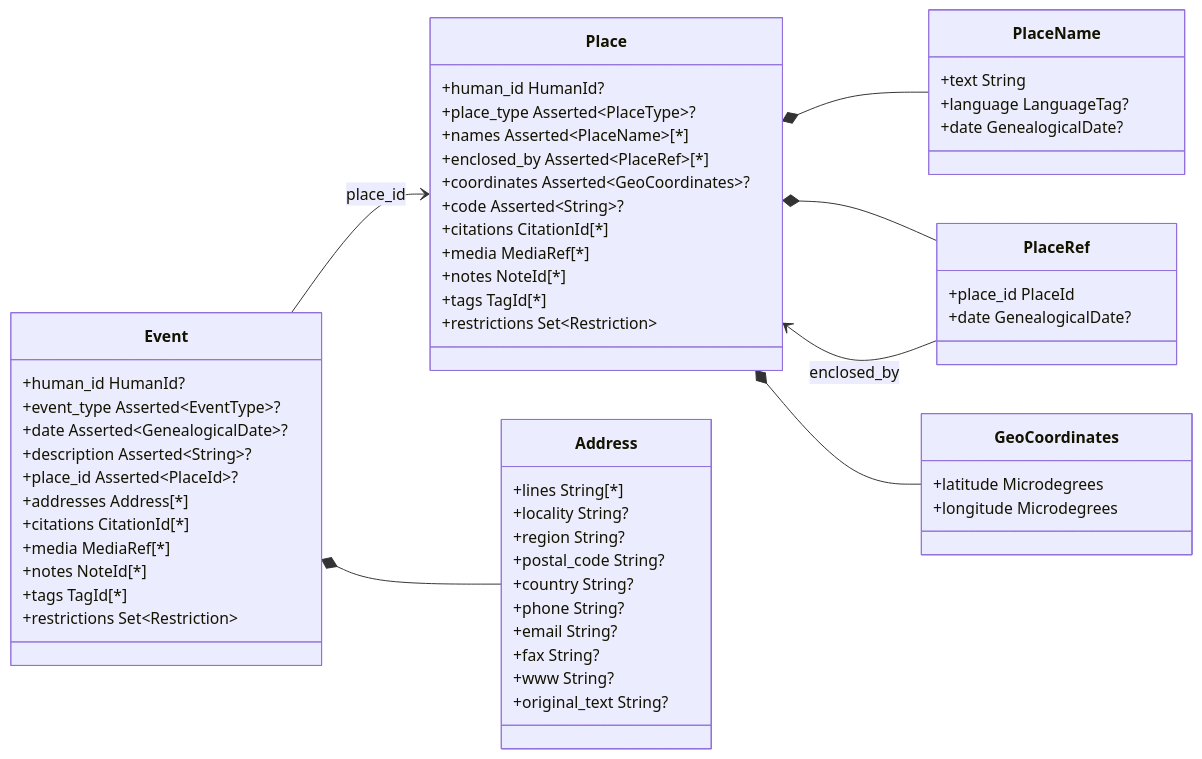
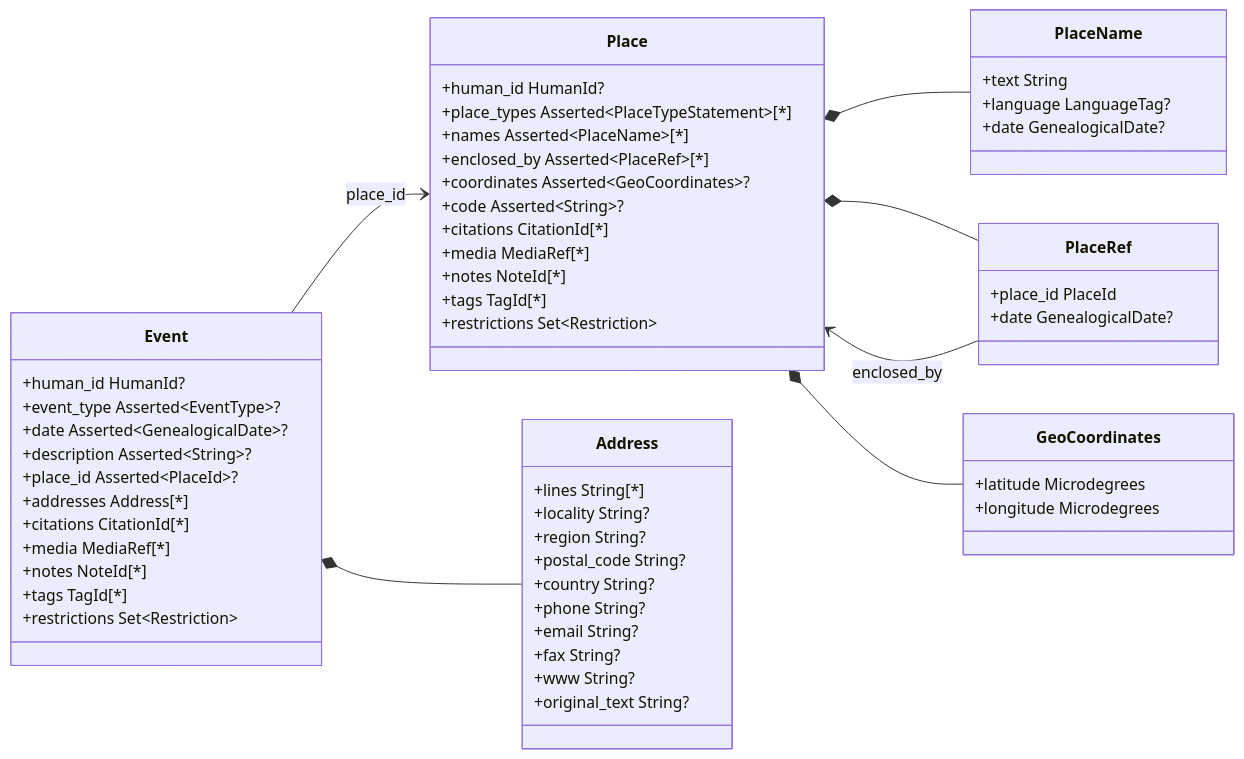
One commit to magne/vitni changed the fourth of 7 diagrams in docs/data-model-diagram.md. Above: the diagram before and after it, drawn with Mermaid. The commit also changed other lines of this file and 116 other files, not shown here.

First line of the commit message:
Replace PlaceType with kind, level and key statements (#714)

````diff
--- a/docs/data-model-diagram.md
+++ b/docs/data-model-diagram.md
@@ -285,64 +285,64 @@
 ```mermaid
 classDiagram
     direction LR
 
     class Event {
         +human_id HumanId?
         +event_type Asserted~EventType~?
         +date Asserted~GenealogicalDate~?
         +description Asserted~String~?
         +place_id Asserted~PlaceId~?
         +addresses Address[*]
         +citations CitationId[*]
         +media MediaRef[*]
         +notes NoteId[*]
         +tags TagId[*]
         +restrictions Set~Restriction~
     }
     class Place {
         +human_id HumanId?
-        +place_type Asserted~PlaceType~?
+        +place_types Asserted~PlaceTypeStatement~[*]
         +names Asserted~PlaceName~[*]
         +enclosed_by Asserted~PlaceRef~[*]
         +coordinates Asserted~GeoCoordinates~?
         +code Asserted~String~?
         +citations CitationId[*]
         +media MediaRef[*]
         +notes NoteId[*]
         +tags TagId[*]
         +restrictions Set~Restriction~
     }
     class PlaceName {
         +text String
         +language LanguageTag?
         +date GenealogicalDate?
     }
     class PlaceRef {
         +place_id PlaceId
         +date GenealogicalDate?
     }
     class GeoCoordinates {
         +latitude Microdegrees
         +longitude Microdegrees
     }
     class Address {
         +lines String[*]
         +locality String?
         +region String?
         +postal_code String?
         +country String?
         +phone String?
         +email String?
         +fax String?
         +www String?
         +original_text String?
     }
 
     Event *-- Address
     Place *-- PlaceName
     Place *-- PlaceRef
     Place *-- GeoCoordinates
 
     Event --> Place : place_id
     PlaceRef --> Place : enclosed_by
 ```
````
